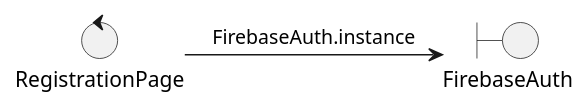
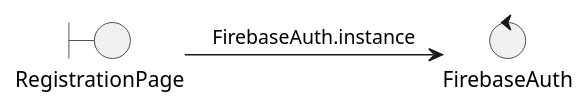
One commit to stnDinus/skpl_apbo_diagrams changed the diagram in signup_colab.puml. Above: the diagram before and after it, drawn with PlantUML. The commit also changed 8 other files, not shown here.

```diff
--- a/signup_colab.puml
+++ b/signup_colab.puml
@@ -1,7 +1,7 @@
 @startuml
-control RegistrationPage
-boundary FirebaseAuth
+boundary RegistrationPage
+control FirebaseAuth
 
 (RegistrationPage) -> (FirebaseAuth): FirebaseAuth.instance
 
 @enduml
```
